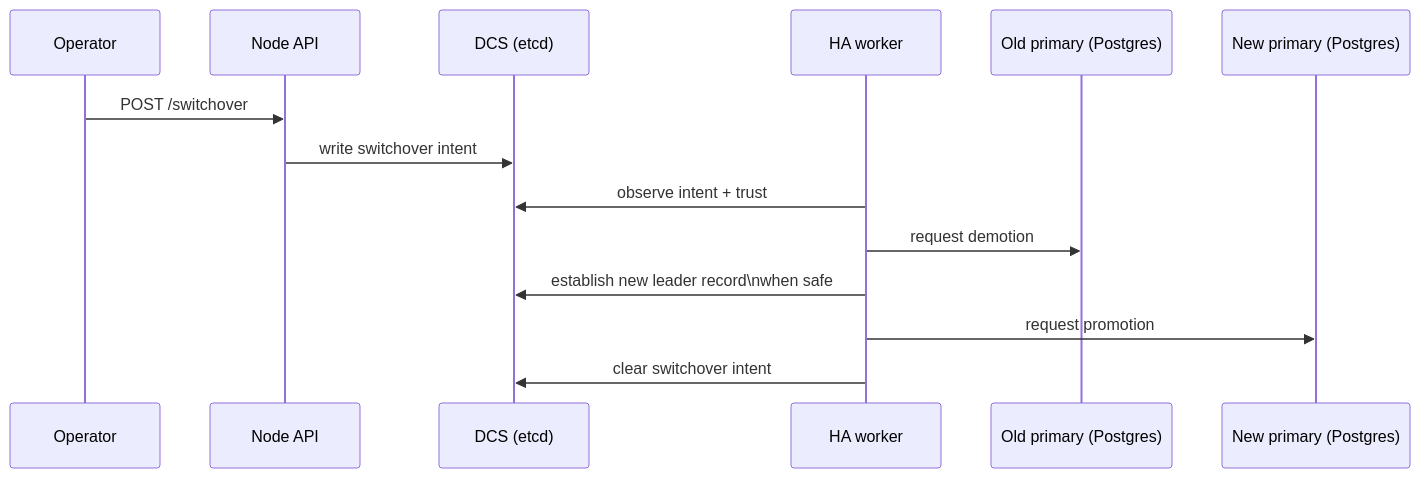
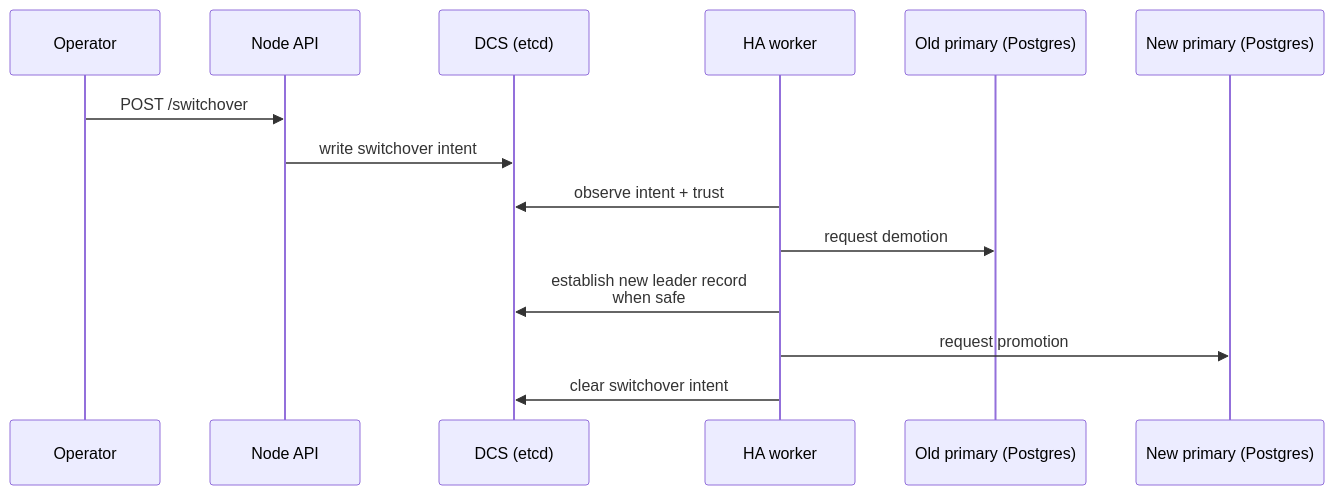
One commit to djosh34/pgtuskmaster_rust changed the diagram in docs/src/architecture/switchover.md. Above: the diagram before and after it, drawn with Mermaid. The commit also changed 9 other files, not shown here.

Commit message:
docs: use <br/> in mermaid labels and lint against \n

````diff
--- a/docs/src/architecture/switchover.md
+++ b/docs/src/architecture/switchover.md
@@ -7,17 +7,17 @@
 ```mermaid
 sequenceDiagram
   participant Op as Operator
   participant API as Node API
   participant ETCD as DCS (etcd)
   participant HA as HA worker
   participant Old as Old primary (Postgres)
   participant New as New primary (Postgres)
 
   Op->>API: POST /switchover
   API->>ETCD: write switchover intent
   HA->>ETCD: observe intent + trust
   HA->>Old: request demotion
-  HA->>ETCD: establish new leader record\nwhen safe
+  HA->>ETCD: establish new leader record<br/>when safe
   HA->>New: request promotion
   HA->>ETCD: clear switchover intent
 ```
````
